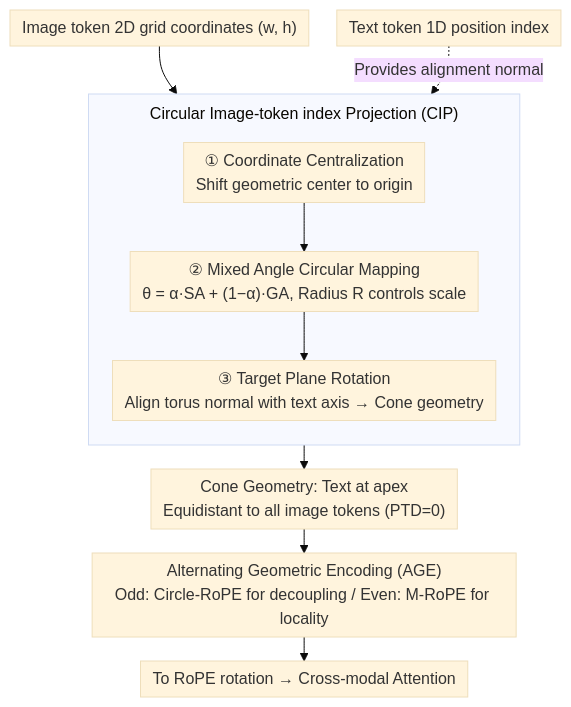
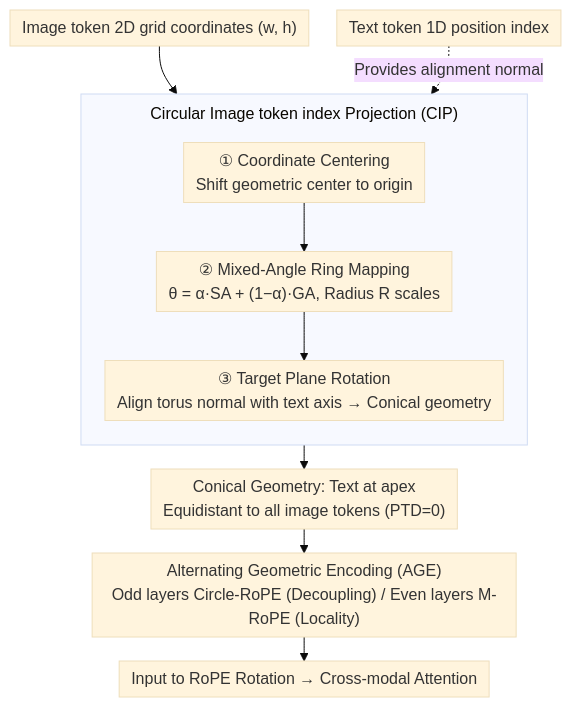
The diagram in docs/ICML2026/multimodal_vlm/circle-rope_cone-like_decoupled_rotary_positional_embedding_for_large_vision-lan.md (zhaoyang97/Paper-Notes-en), drawn with Mermaid (base theme) before and after one commit. The commit also changed other lines of this file and 5084 other files, not shown here.

````diff
--- a/docs/ICML2026/multimodal_vlm/circle-rope_cone-like_decoupled_rotary_positional_embedding_for_large_vision-lan.md
+++ b/docs/ICML2026/multimodal_vlm/circle-rope_cone-like_decoupled_rotary_positional_embedding_for_large_vision-lan.md
@@ -44,16 +44,16 @@
 ```mermaid
 %%{init: {'flowchart': {'rankSpacing': 24, 'nodeSpacing': 28, 'padding': 6, 'wrappingWidth': 400, 'subGraphTitleMargin': {'top': 8, 'bottom': 16}}}}%%
 flowchart TD
     IMG["Image token 2D grid coordinates (w, h)"]
     TXT["Text token 1D position index"]
-    subgraph CIP["Circular Image-token index Projection (CIP)"]
+    subgraph CIP["Circular Image token index Projection (CIP)"]
         direction TB
-        C1["① Coordinate Centralization<br/>Shift geometric center to origin"] --> C2["② Mixed Angle Circular Mapping<br/>θ = α·SA + (1−α)·GA, Radius R controls scale"]
-        C2 --> C3["③ Target Plane Rotation<br/>Align torus normal with text axis → Cone geometry"]
+        C1["① Coordinate Centering<br/>Shift geometric center to origin"] --> C2["② Mixed-Angle Ring Mapping<br/>θ = α·SA + (1−α)·GA, Radius R scales"]
+        C2 --> C3["③ Target Plane Rotation<br/>Align torus normal with text axis → Conical geometry"]
     end
     IMG --> C1
     TXT -.Provides alignment normal.-> C3
-    C3 --> CONE["Cone Geometry: Text at apex<br/>Equidistant to all image tokens (PTD=0)"]
-    CONE --> AGE["Alternating Geometric Encoding (AGE)<br/>Odd: Circle-RoPE for decoupling / Even: M-RoPE for locality"]
-    AGE --> OUT["To RoPE rotation → Cross-modal Attention"]
+    C3 --> CONE["Conical Geometry: Text at apex<br/>Equidistant to all image tokens (PTD=0)"]
+    CONE --> AGE["Alternating Geometric Encoding (AGE)<br/>Odd layers Circle-RoPE (Decoupling) / Even layers M-RoPE (Locality)"]
+    AGE --> OUT["Input to RoPE Rotation → Cross-modal Attention"]
 ```
````
